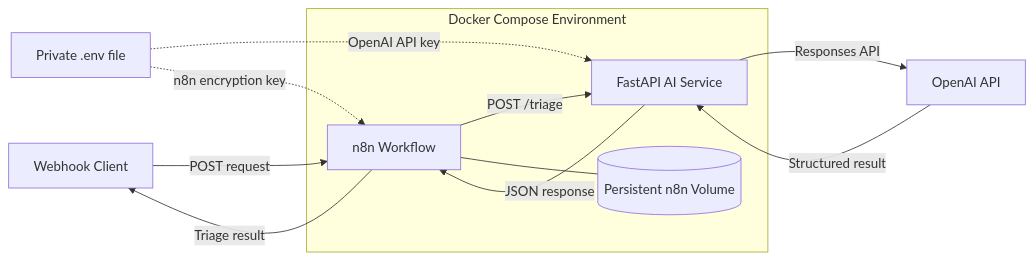
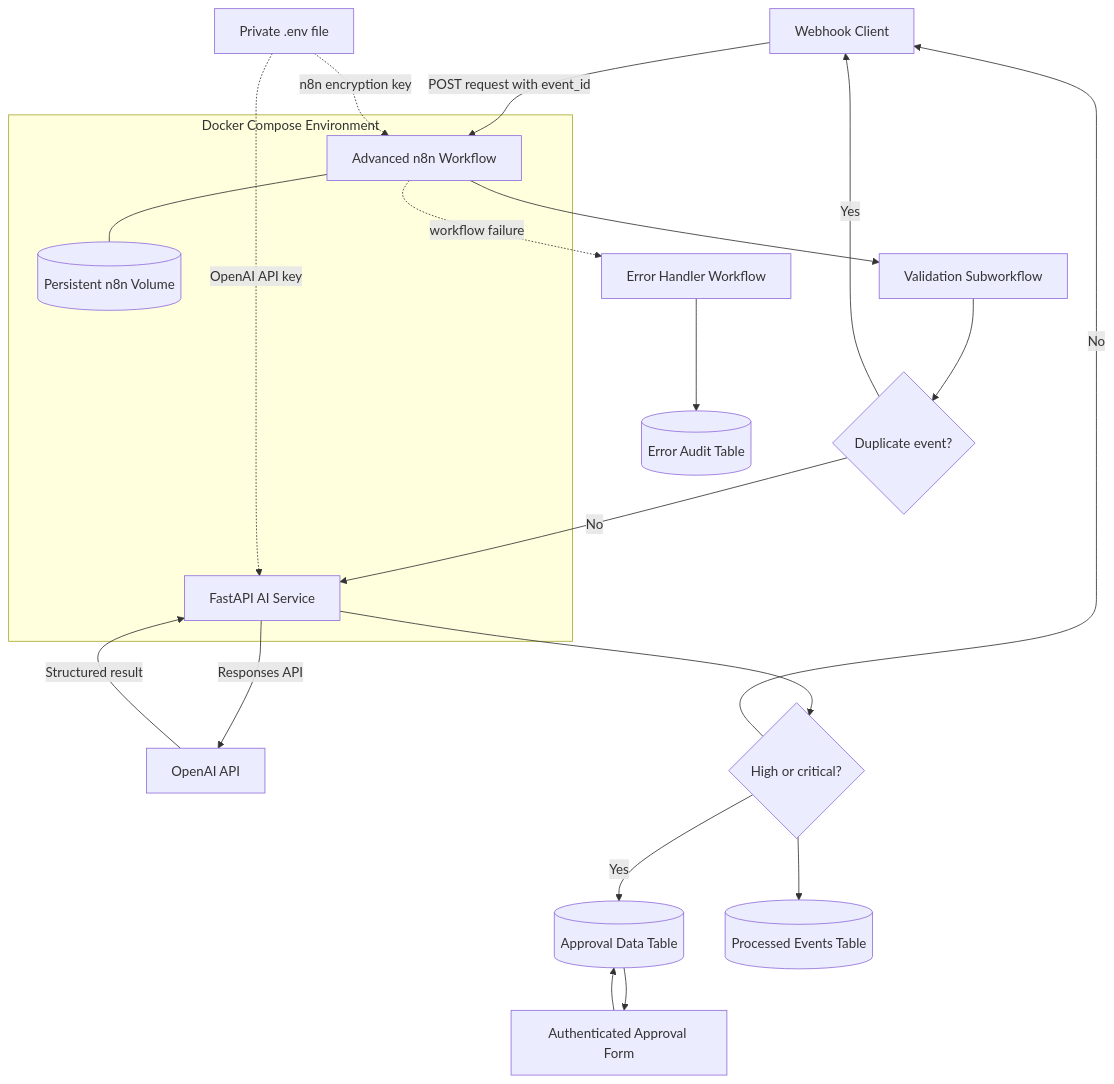
Before and after one commit to sousamaxfabio/automation-portfolio: the diagram in opspilot-ai/docs/architecture.md, drawn with Mermaid. The commit also changed other lines of this file and 5 other files, not shown here.

Commit message:
Complete OpsPilot advanced triage workflow

````diff
--- a/opspilot-ai/docs/architecture.md
+++ b/opspilot-ai/docs/architecture.md
@@ -3,20 +3,29 @@
 ```mermaid
-flowchart LR
-    U[Webhook Client] -->|POST request| N[n8n Workflow]
-    N -->|POST /triage| A[FastAPI AI Service]
+flowchart TD
+    U[Webhook Client] -->|POST request with event_id| W[Advanced n8n Workflow]
+    W --> V[Validation Subworkflow]
+    V --> D{Duplicate event?}
+    D -->|Yes| U
+    D -->|No| A[FastAPI AI Service]
     A -->|Responses API| O[OpenAI API]
     O -->|Structured result| A
-    A -->|JSON response| N
-    N -->|Triage result| U
+    A --> H{High or critical?}
+    H -->|No| U
+    H -->|Yes| P[(Approval Data Table)]
+    P --> F[Authenticated Approval Form]
+    F --> P
+    H --> R[(Processed Events Table)]
+    W -. workflow failure .-> X[Error Handler Workflow]
+    X --> E[(Error Audit Table)]
 
-    N --- V[(Persistent n8n Volume)]
+    W --- NV[(Persistent n8n Volume)]
 
-    E[Private .env file] -. OpenAI API key .-> A
-    E -. n8n encryption key .-> N
+    S[Private .env file] -. OpenAI API key .-> A
+    S -. n8n encryption key .-> W
 
-    subgraph D[Docker Compose Environment]
-        N
+    subgraph C[Docker Compose Environment]
+        W
         A
-        V
+        NV
     end
 ```
````
